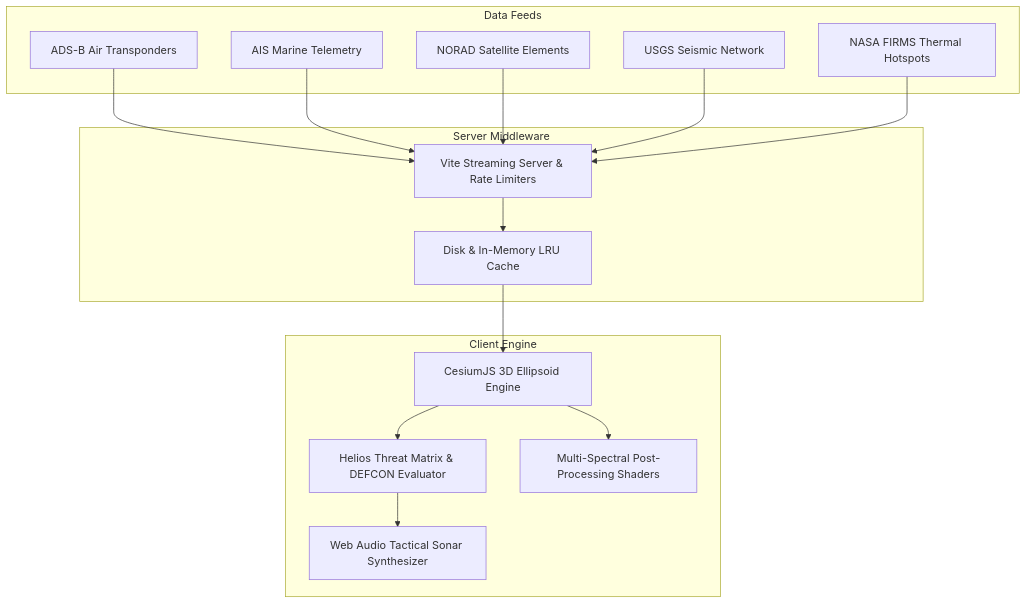
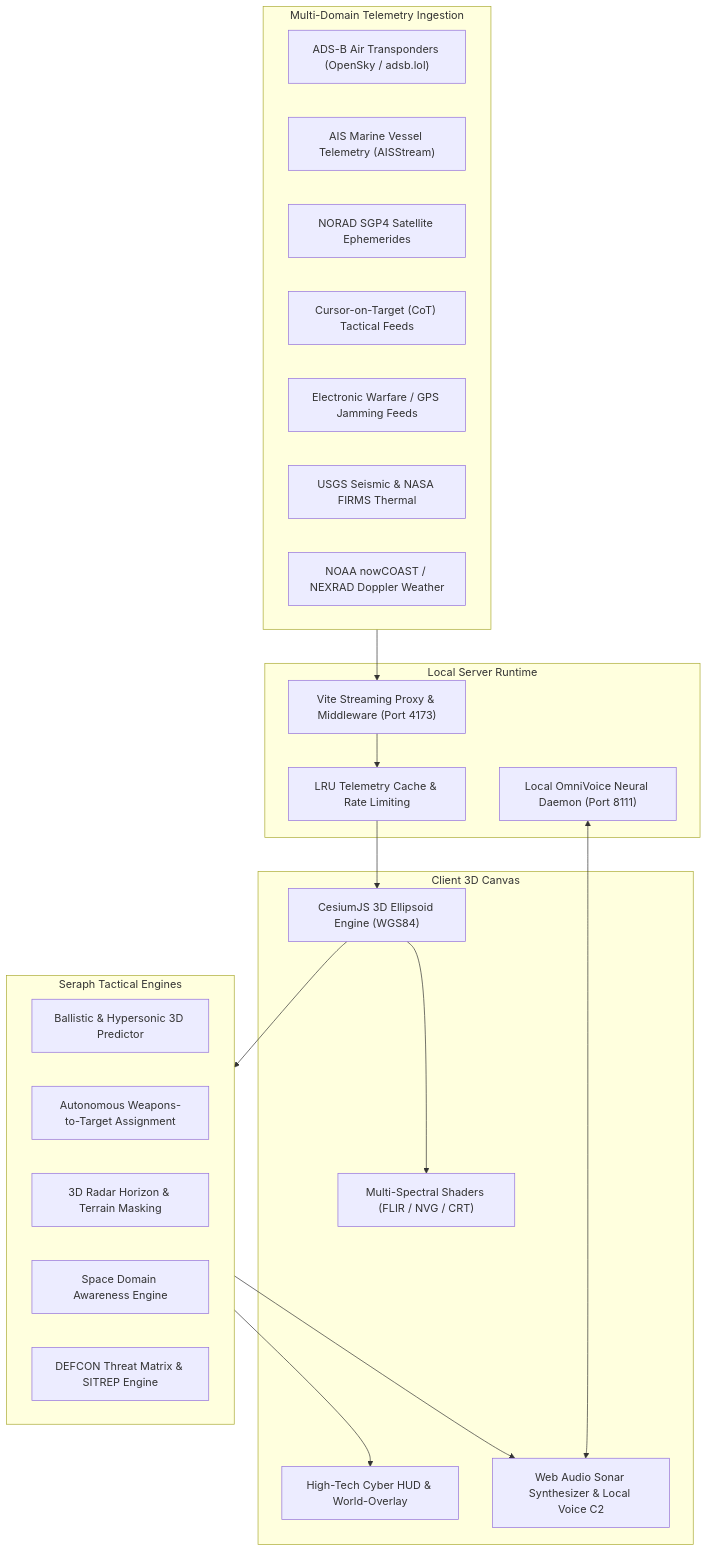
Before and after one commit to BIGFERRY999/project-seraph: the diagram in README.md, drawn with Mermaid. The commit also changed other lines of this file and 106 other files, not shown here.

````diff
--- a/README.md
+++ b/README.md
@@ -76,34 +94,42 @@
 ```mermaid
 graph TD
-    subgraph Data Feeds
-        OpenSky[ADS-B Air Transponders]
-        AIS[AIS Marine Telemetry]
-        CelesTrak[NORAD Satellite Elements]
-        USGS[USGS Seismic Network]
-        FIRMS[NASA FIRMS Thermal Hotspots]
+    subgraph MultiDomainFeeds["Multi-Domain Telemetry Ingestion"]
+        ADSB["ADS-B Air Transponders (OpenSky / adsb.lol)"]
+        AIS["AIS Marine Vessel Telemetry (AISStream)"]
+        CelesTrak["NORAD SGP4 Satellite Ephemerides"]
+        CoT["Cursor-on-Target (CoT) Tactical Feeds"]
+        EW["Electronic Warfare / GPS Jamming Feeds"]
+        USGS["USGS Seismic & NASA FIRMS Thermal"]
+        Doppler["NOAA nowCOAST / NEXRAD Doppler Weather"]
     end
 
-    subgraph Server Middleware
-        Proxy[Vite Streaming Server & Rate Limiters]
-        Cache[Disk & In-Memory LRU Cache]
+    subgraph ServerLayer["Local Server Runtime"]
+        Vite["Vite Streaming Proxy & Middleware (Port 4173)"]
+        Cache["LRU Telemetry Cache & Rate Limiting"]
+        VoiceDaemon["Local OmniVoice Neural Daemon (Port 8111)"]
     end
 
-    subgraph Client Engine
-        Cesium[CesiumJS 3D Ellipsoid Engine]
-        Threat[Helios Threat Matrix & DEFCON Evaluator]
-        Audio[Web Audio Tactical Sonar Synthesizer]
-        Shaders[Multi-Spectral Post-Processing Shaders]
+    subgraph TacticalCore["Seraph Tactical Engines"]
+        Ballistic["Ballistic & Hypersonic 3D Predictor"]
+        WTA["Autonomous Weapons-to-Target Assignment"]
+        Terrain["3D Radar Horizon & Terrain Masking"]
+        SDA["Space Domain Awareness Engine"]
+        ThreatMatrix["DEFCON Threat Matrix & SITREP Engine"]
     end
 
-    OpenSky --> Proxy
-    AIS --> Proxy
-    CelesTrak --> Proxy
-    USGS --> Proxy
-    FIRMS --> Proxy
+    subgraph Visualization["Client 3D Canvas"]
+        Cesium["CesiumJS 3D Ellipsoid Engine (WGS84)"]
+        Shaders["Multi-Spectral Shaders (FLIR / NVG / CRT)"]
+        HUD["High-Tech Cyber HUD & World-Overlay"]
+        Audio["Web Audio Sonar Synthesizer & Local Voice C2"]
+    end
 
-    Proxy --> Cache
+    MultiDomainFeeds --> Vite
+    Vite --> Cache
     Cache --> Cesium
-    Cesium --> Threat
+    Cesium --> TacticalCore
+    TacticalCore --> HUD
+    TacticalCore --> Audio
+    VoiceDaemon <--> Audio
     Cesium --> Shaders
-    Threat --> Audio
 ```
````
